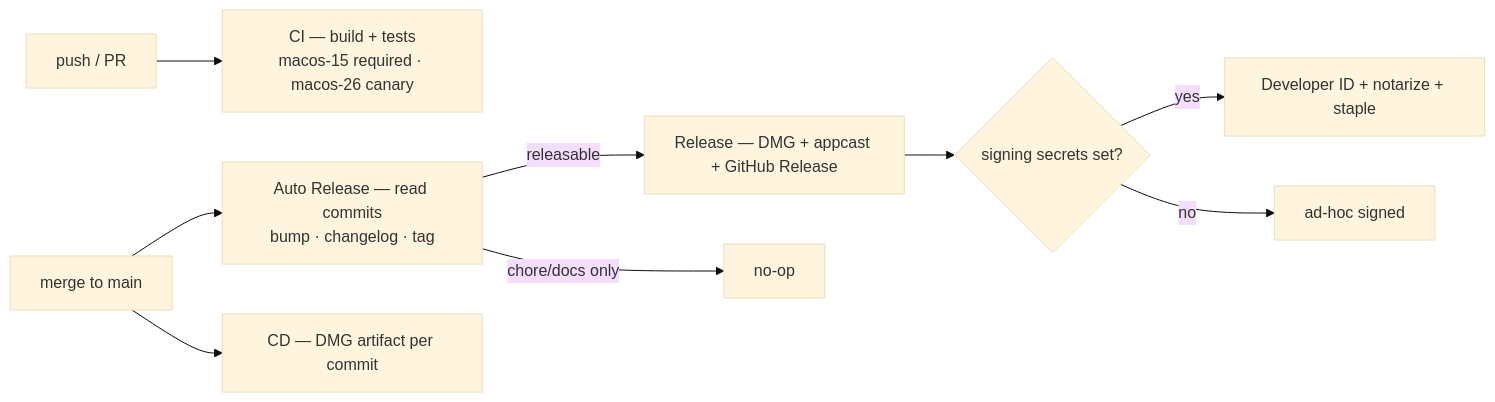
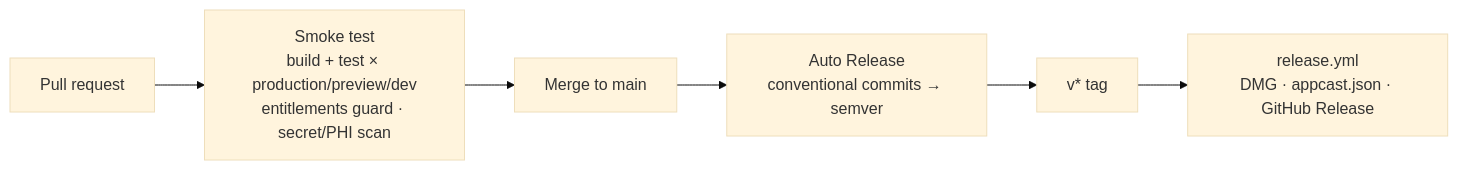
One commit to mgwedd/aletheia changed the fifth of 5 diagrams in README.md. Above: the diagram before and after it, drawn with Mermaid (base theme). The commit also changed other lines of this file, not shown here.

````diff
--- a/README.md
+++ b/README.md
@@ -240,11 +246,7 @@
 ```mermaid
 flowchart LR
-  PRs[push / PR] --> CI[CI — build + tests<br/>macos-15 required · macos-26 canary]
-  Main[merge to main] --> Auto[Auto Release — read commits<br/>bump · changelog · tag]
-  Main --> CD[CD — DMG artifact per commit]
-  Auto -->|releasable| Rel[Release — DMG + appcast + GitHub Release]
-  Auto -->|chore/docs only| Skip[no-op]
-  Rel --> Gate{signing secrets set?}
-  Gate -- yes --> Note[Developer ID + notarize + staple]
-  Gate -- no --> Adhoc[ad-hoc signed]
+  PR["Pull request"] --> S["Smoke test<br/>build + test × production/preview/dev<br/>entitlements guard · secret/PHI scan"]
+  S --> M["Merge to main"]
+  M --> AR["Auto Release<br/>conventional commits → semver"]
+  AR --> TAG["v* tag"] --> REL["release.yml<br/>DMG · appcast.json · GitHub Release"]
 ```
````
